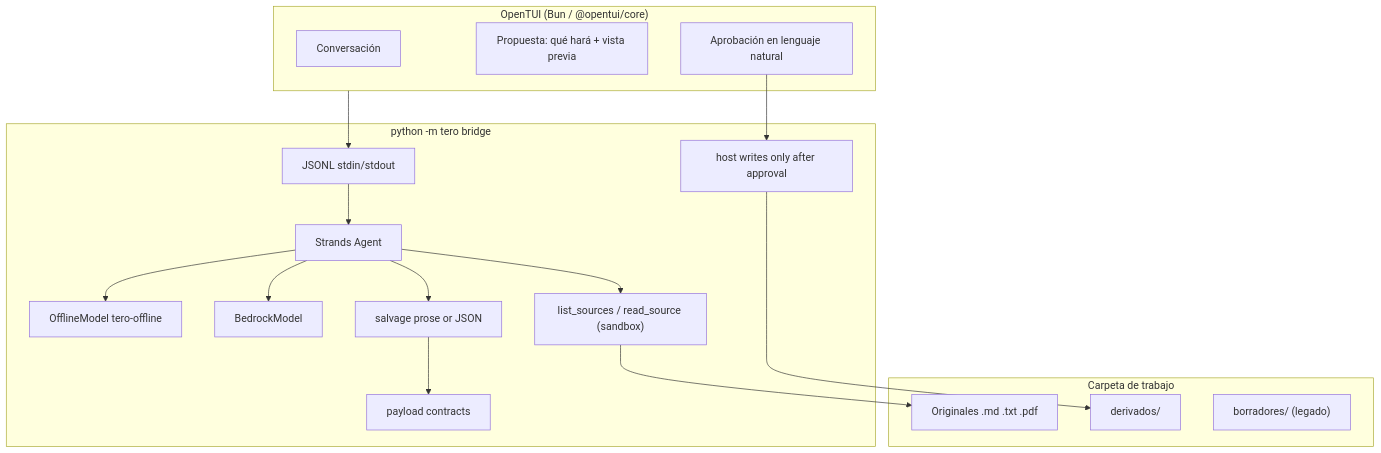
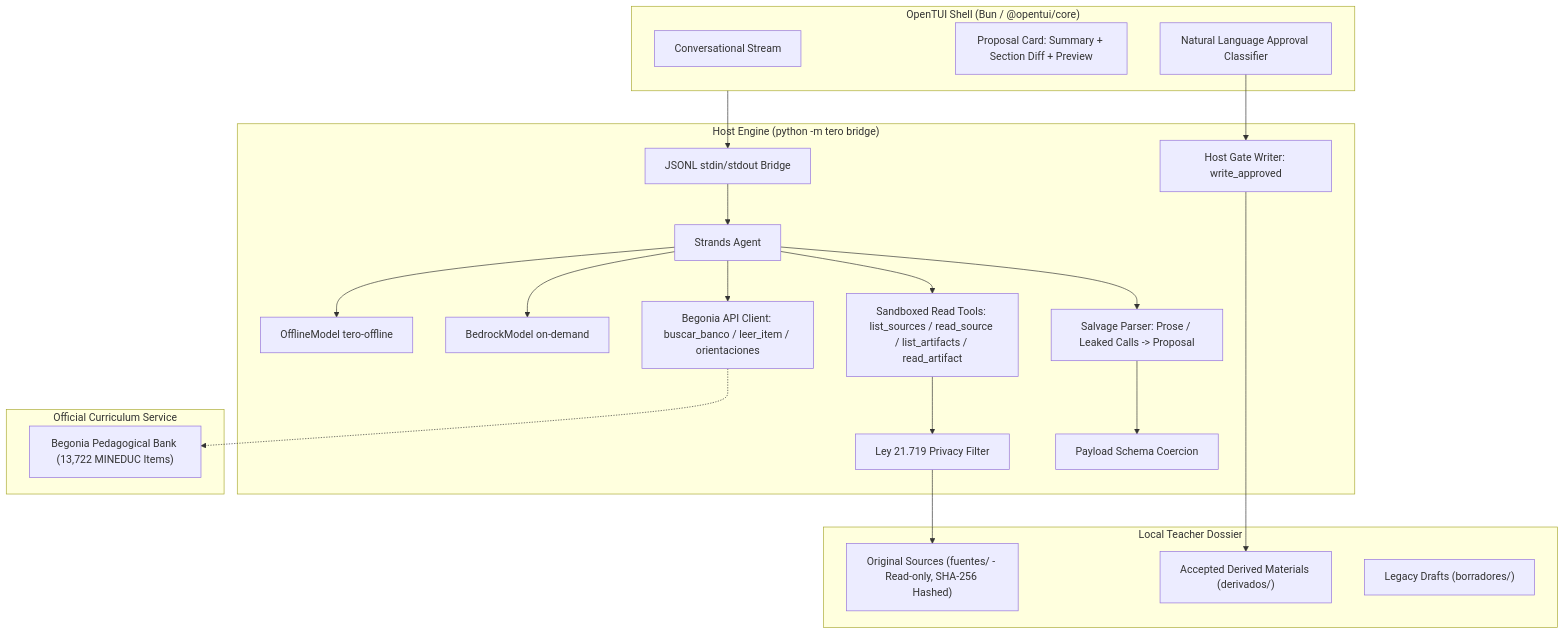
Before and after one commit to marcorojasb/tero: the diagram in ARCHITECTURE.md, drawn with Mermaid. The commit also changed other lines of this file and 12 other files, not shown here.

````diff
--- a/ARCHITECTURE.md
+++ b/ARCHITECTURE.md
@@ -37,36 +29,45 @@
 ```mermaid
 flowchart TB
-  subgraph TUI["OpenTUI (Bun / @opentui/core)"]
-    Chat[Conversación]
-    Proposal[Propuesta: qué hará + vista previa]
-    Approval[Aprobación en lenguaje natural]
+  subgraph TUI["OpenTUI Shell (Bun / @opentui/core)"]
+    Chat[Conversational Stream]
+    Proposal[Proposal Card: Summary + Section Diff + Preview]
+    Approval[Natural Language Approval Classifier]
   end
 
-  subgraph Host["python -m tero bridge"]
-    JSONL[JSONL stdin/stdout]
+  subgraph Host["Host Engine (python -m tero bridge)"]
+    JSONL[JSONL stdin/stdout Bridge]
     Agent[Strands Agent]
     Offline[OfflineModel tero-offline]
-    Bedrock[BedrockModel]
-    Tools["list_sources / read_source (sandbox)"]
-    Salvage[salvage prose or JSON]
-    Coerce[payload contracts]
-    Approve[host writes only after approval]
+    Bedrock[BedrockModel on-demand]
+    Tools["Sandboxed Read Tools: list_sources / read_source / list_artifacts / read_artifact"]
+    BegoniaClient["Begonia API Client: buscar_banco / leer_item / orientaciones"]
+    Privacy["Ley 21.719 Privacy Filter"]
+    Salvage[Salvage Parser: Prose / Leaked Calls -> Proposal]
+    Coerce[Payload Schema Coercion]
+    GateHost[Host Gate Writer: write_approved]
   end
 
-  subgraph Disk["Carpeta de trabajo"]
-    Fuentes[Originales .md .txt .pdf]
-    Derivados[derivados/]
-    Borradores["borradores/ (legado)"]
+  subgraph Disk["Local Teacher Dossier"]
+    Fuentes["Original Sources (fuentes/ - Read-only, SHA-256 Hashed)"]
+    Derivados["Accepted Derived Materials (derivados/)"]
+    Borradores["Legacy Drafts (borradores/)"]
+  end
+
+  subgraph External["Official Curriculum Service"]
+    BegoniaDB["Begonia Pedagogical Bank (13,722 MINEDUC Items)"]
   end
 
   TUI --> JSONL
   JSONL --> Agent
   Agent --> Offline
   Agent --> Bedrock
   Agent --> Tools
-  Tools --> Fuentes
+  Agent --> BegoniaClient
+  BegoniaClient -.-> BegoniaDB
+  Tools --> Privacy
+  Privacy --> Fuentes
   Agent --> Salvage
   Salvage --> Coerce
-  Approval --> Approve
-  Approve --> Derivados
+  Approval --> GateHost
+  GateHost --> Derivados
 ```
````
